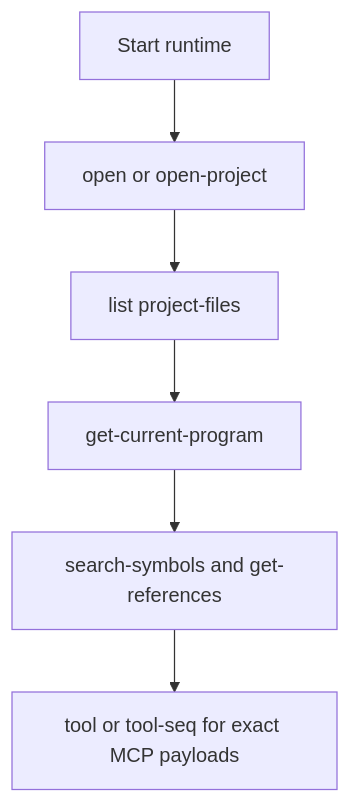
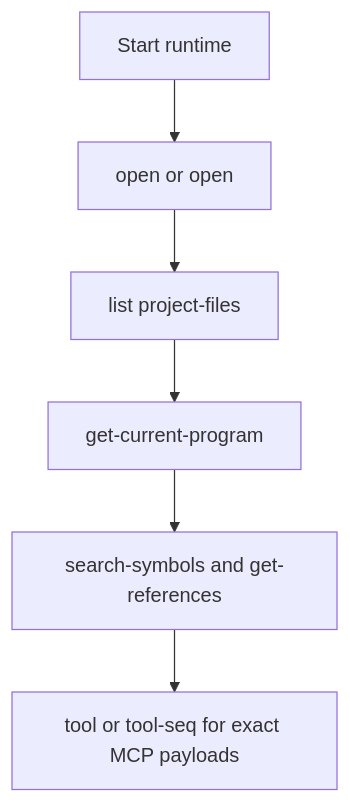
One commit to bolabaden/AgentDecompile changed the first of 2 diagrams in USAGE.md. Above: the diagram before and after it, drawn with Mermaid. The commit also changed other lines of this file and 36 other files, not shown here.

First line of the commit message:
refactor(cli, documentation): rename open-project to open for consistency

````diff
--- a/USAGE.md
+++ b/USAGE.md
@@ -3,8 +3,8 @@
 ```mermaid
 flowchart TD
-  A[Start runtime] --> B[open or open-project]
+  A[Start runtime] --> B[open or open]
   B --> C[list project-files]
   C --> D[get-current-program]
   D --> E[search-symbols and get-references]
   E --> F[tool or tool-seq for exact MCP payloads]
 ```
````
